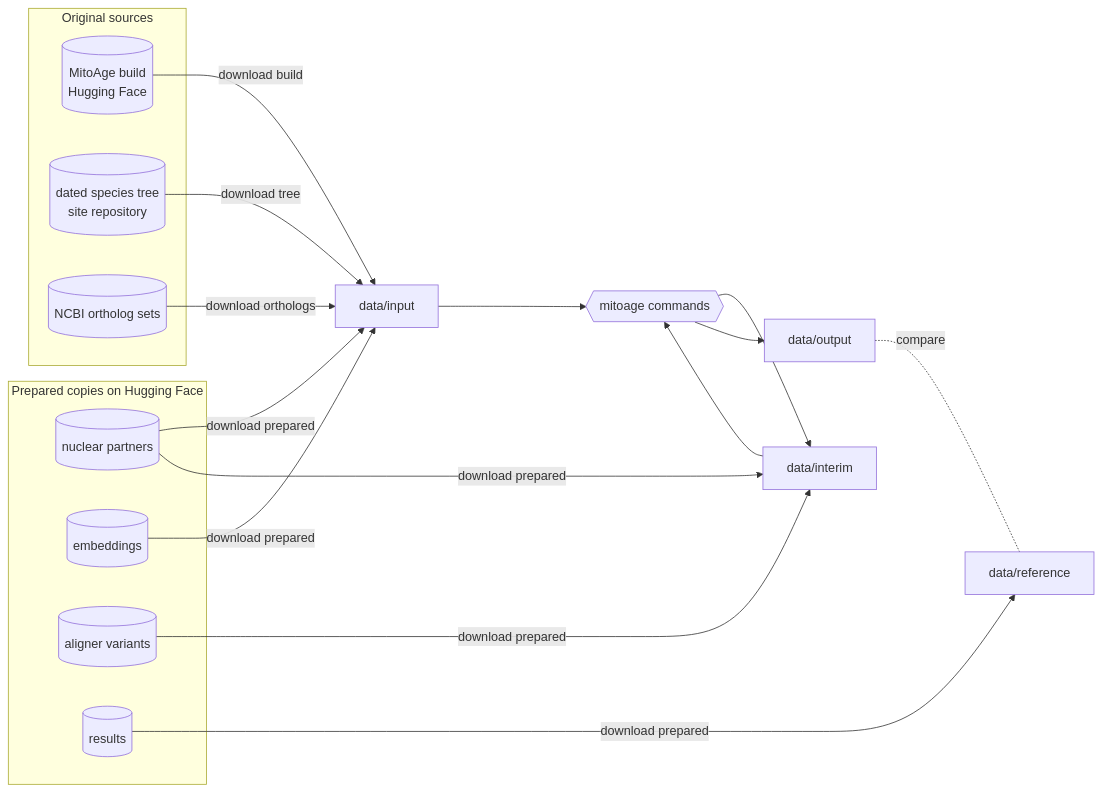
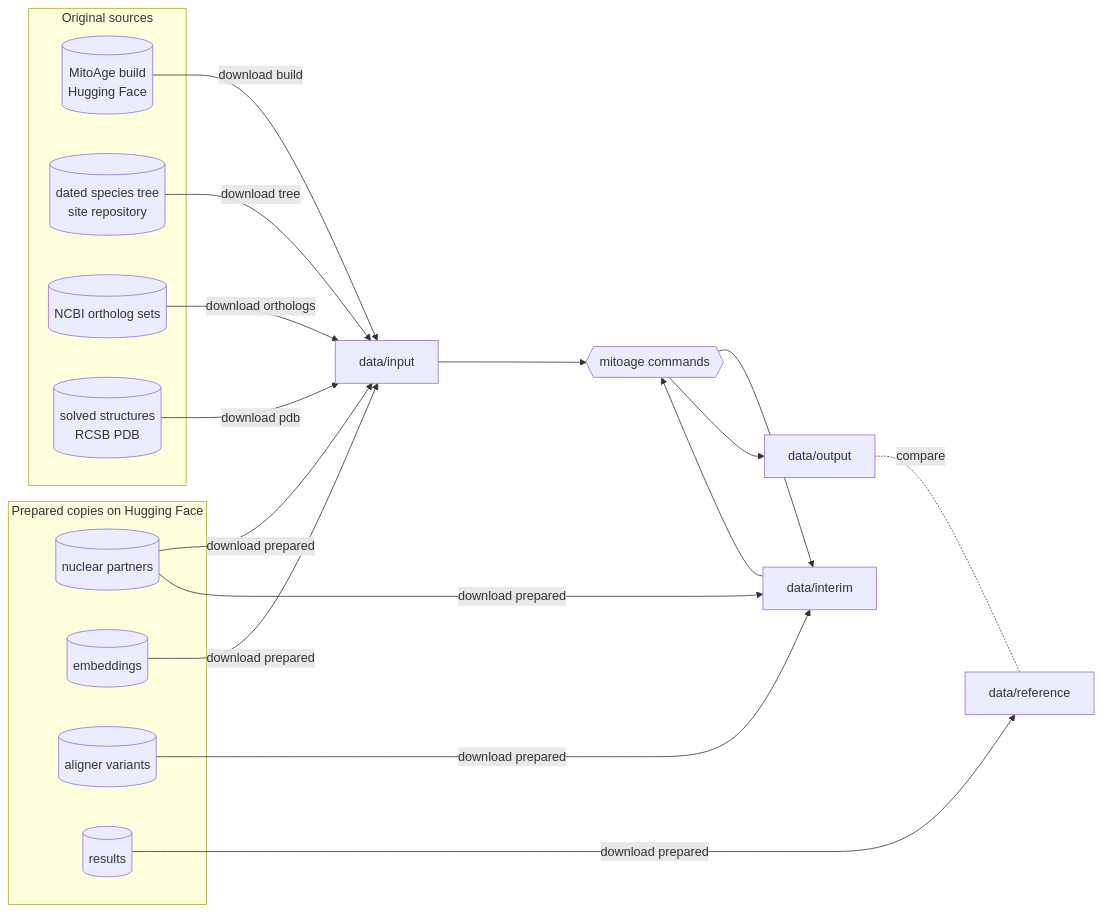
The first of 6 diagrams in docs/PIPELINE.md (dna-seq/mitoage-pipelines), drawn with Mermaid before and after one commit. The commit also changed other lines of this file and 20 other files, not shown here.

````diff
--- a/docs/PIPELINE.md
+++ b/docs/PIPELINE.md
@@ -8,27 +8,29 @@
 ```mermaid
 flowchart LR
   subgraph sources [Original sources]
     HF[(MitoAge build<br/>Hugging Face)]
     SITE[(dated species tree<br/>site repository)]
     NCBI[(NCBI ortholog sets)]
+    PDB[(solved structures<br/>RCSB PDB)]
   end
   subgraph prepared [Prepared copies on Hugging Face]
     P1[(nuclear partners)]
     P2[(embeddings)]
     P3[(aligner variants)]
     P4[(results)]
   end
   HF -- "download build" --> IN[data/input]
   SITE -- "download tree" --> IN
   NCBI -- "download orthologs" --> IN
+  PDB -- "download pdb" --> IN
   P1 -- "download prepared" --> IN
   P2 -- "download prepared" --> IN
   P3 -- "download prepared" --> INT[data/interim]
   P1 -- "download prepared" --> INT
   P4 -- "download prepared" --> REF[data/reference]
   IN --> STEPS{{mitoage commands}}
   INT --> STEPS
   STEPS --> INT
   STEPS --> OUT[data/output]
   OUT -. compare .- REF
 ```
````
